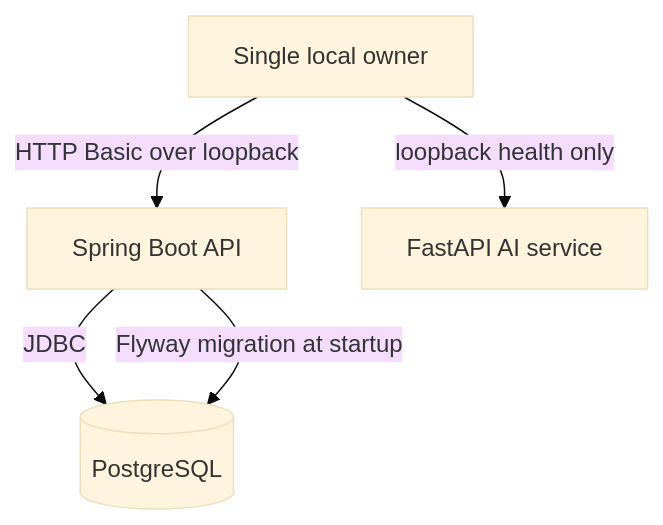
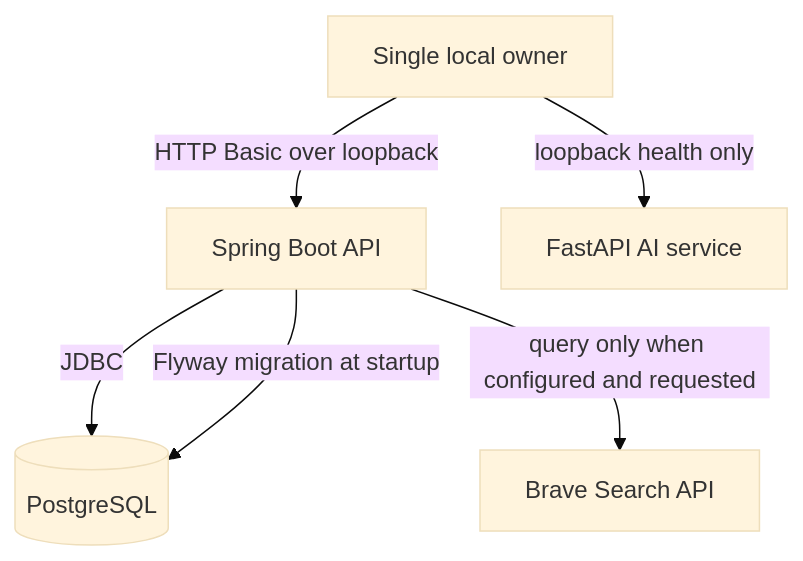
The second of 5 diagrams in docs/02-architecture/SYSTEM-ARCHITECTURE.md (kavinash0310/aura-ai), drawn with Mermaid (base theme) before and after one commit. The commit also changed other lines of this file and 42 other files, not shown here.

```diff
--- a/docs/02-architecture/SYSTEM-ARCHITECTURE.md
+++ b/docs/02-architecture/SYSTEM-ARCHITECTURE.md
@@ -41,7 +41,8 @@
 ~~~mermaid
 flowchart TB
   Owner[Single local owner] -->|HTTP Basic over loopback| Spring[Spring Boot API]
   Spring -->|JDBC| PostgreSQL[(PostgreSQL)]
   Spring -->|Flyway migration at startup| PostgreSQL
+  Spring -->|query only when configured and requested| Brave[Brave Search API]
   Owner -->|loopback health only| Python[FastAPI AI service]
 ~~~
```
